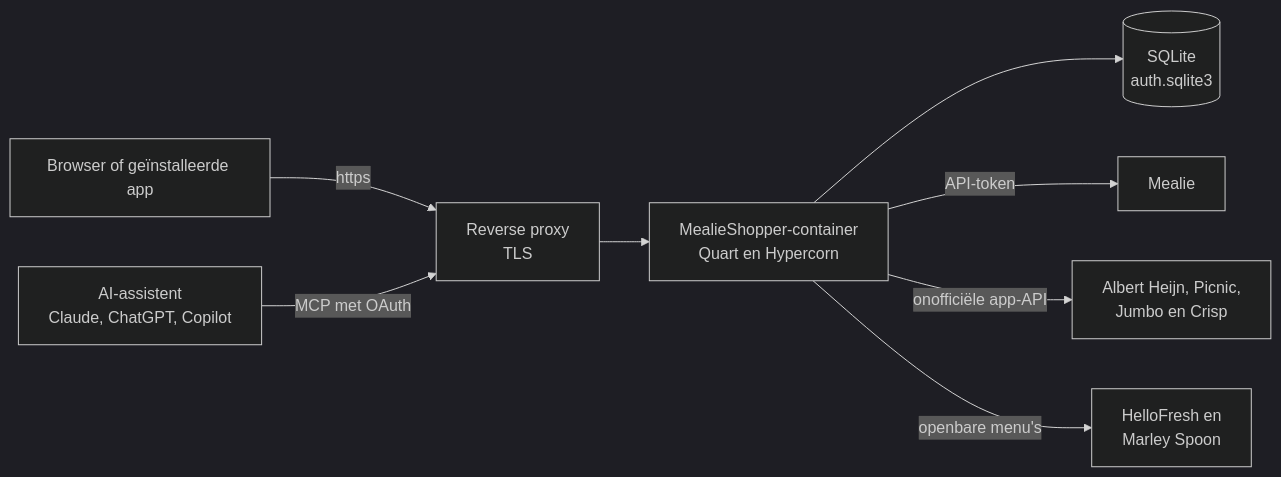
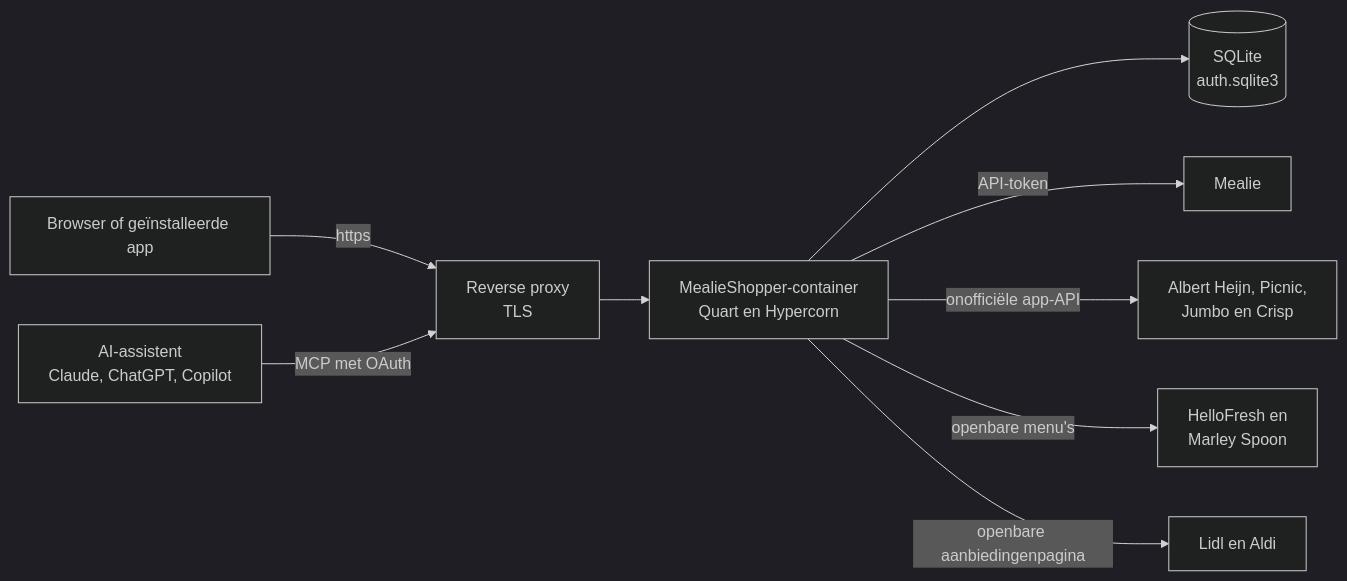
The diagram in README.md (helmerzNL/MealieShopper), drawn with Mermaid (dark theme) before and after one commit. The commit also changed other lines of this file and 60 other files, not shown here.

First line of the commit message:
Aanbiedingen van Lidl en Aldi, zonder account (4.4.0)

````diff
--- a/README.md
+++ b/README.md
@@ -232,10 +232,11 @@
 ```mermaid
 flowchart LR
     A[Browser of geïnstalleerde app] -->|https| P[Reverse proxy<br/>TLS]
     AI[AI-assistent<br/>Claude, ChatGPT, Copilot] -->|MCP met OAuth| P
     P --> B[MealieShopper-container<br/>Quart en Hypercorn]
     B --> D[(SQLite<br/>auth.sqlite3)]
     B -->|API-token| M[Mealie]
     B -->|onofficiële app-API| S[Albert Heijn, Picnic,<br/>Jumbo en Crisp]
     B -->|openbare menu's| K[HelloFresh en<br/>Marley Spoon]
+    B -->|openbare aanbiedingenpagina| L[Lidl en Aldi]
 ```
````
